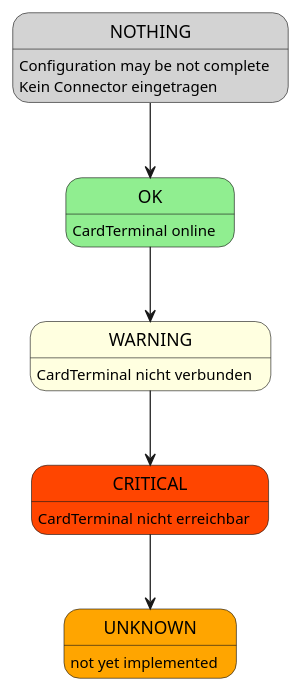
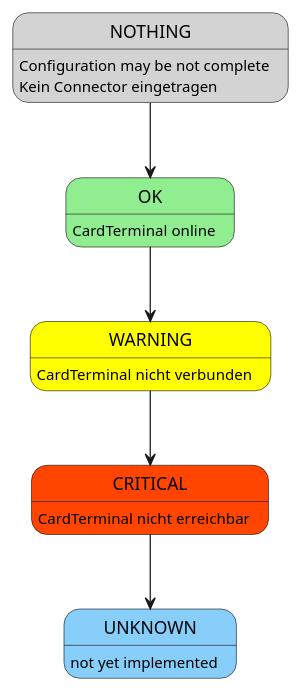
One commit to swobspace/cocard changed the diagram in docsrc/devnotes/modules/ROOT/images/card-terminal-condition.puml. Above: the diagram before and after it, drawn with PlantUML. The commit also changed 7 other files, not shown here.

Commit message:
changing colors for UNKNOWN and WARNING

```diff
--- a/docsrc/devnotes/modules/ROOT/images/card-terminal-condition.puml
+++ b/docsrc/devnotes/modules/ROOT/images/card-terminal-condition.puml
@@ -1,26 +1,26 @@
 @startuml
 
 state OK #lightgreen
 
 OK: CardTerminal online
 
-state WARNING #LightYellow
+state WARNING #Yellow
 
 WARNING: CardTerminal nicht verbunden
 
 state CRITICAL #orangered
 
 CRITICAL: CardTerminal nicht erreichbar
 
-state UNKNOWN #Orange
+state UNKNOWN #LightSkyBlue
 UNKNOWN: not yet implemented
 
 state NOTHING #LightGrey
 NOTHING: Configuration may be not complete
 NOTHING: Kein Connector eingetragen
 
 NOTHING --> OK
 OK --> WARNING
 WARNING --> CRITICAL
 CRITICAL --> UNKNOWN
 @enduml
```
